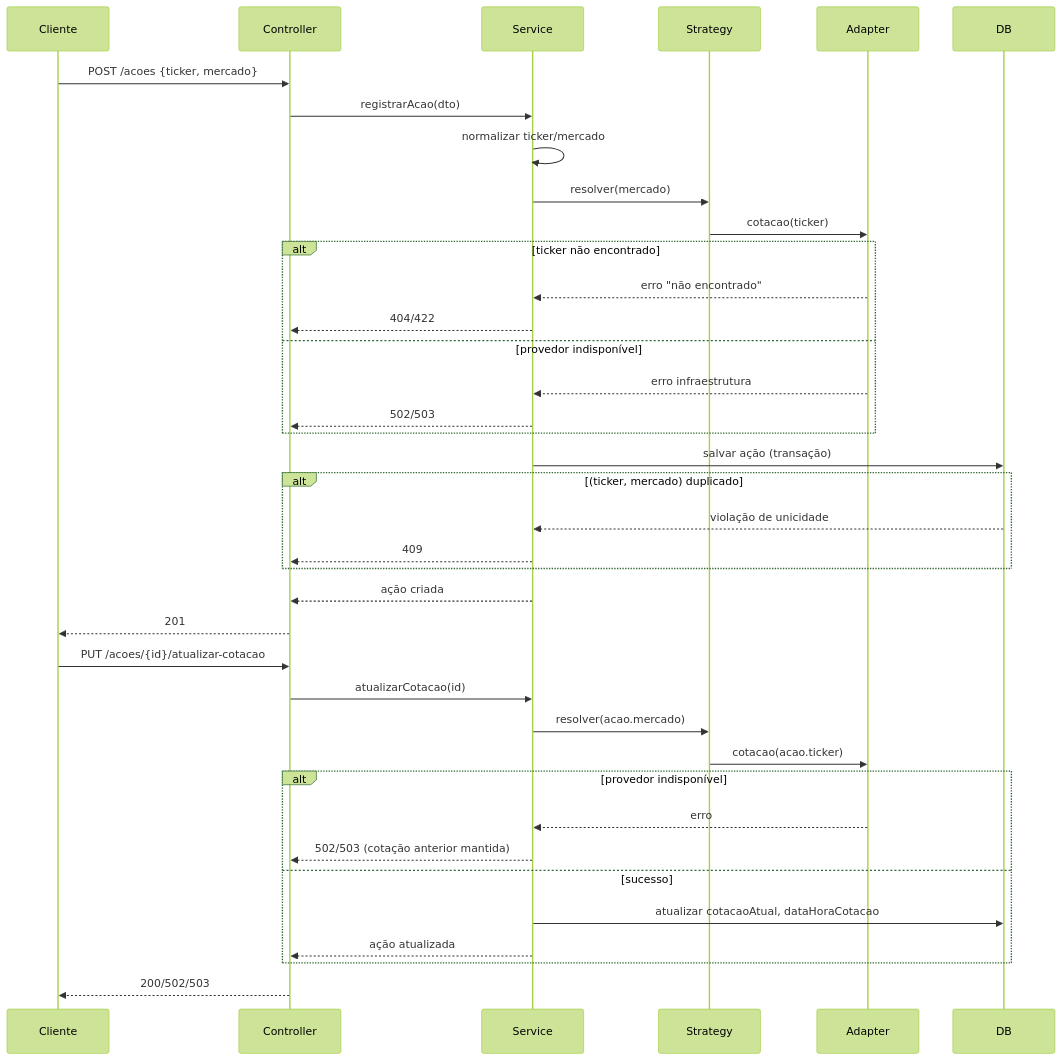
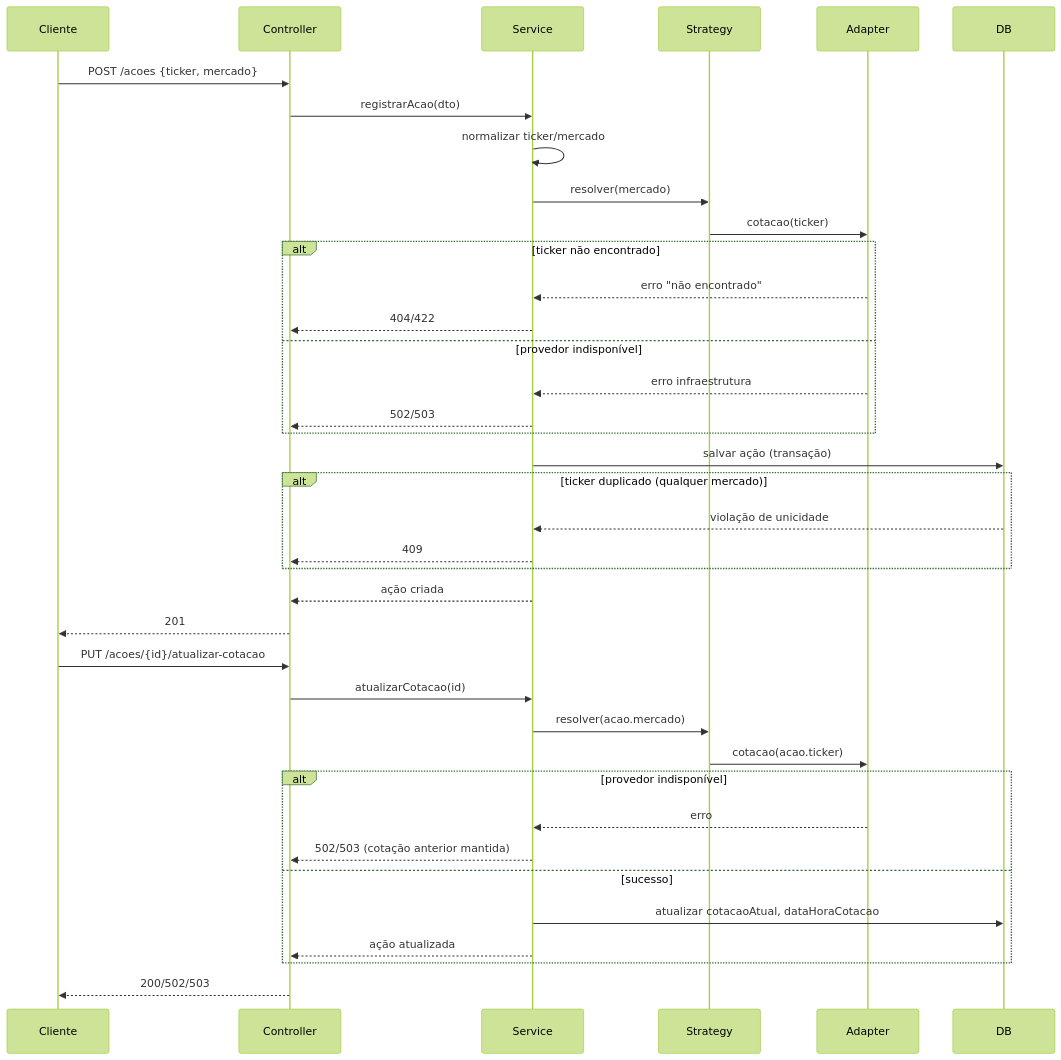
One commit to viniciussoliveiraa/gestao-acoes changed the third of 3 diagrams in openspec/changes/criar-sistema-gestao-acoes/design.md. Above: the diagram before and after it, drawn with Mermaid (forest theme). The commit also changed other lines of this file and 19 other files, not shown here.

````diff
--- a/openspec/changes/criar-sistema-gestao-acoes/design.md
+++ b/openspec/changes/criar-sistema-gestao-acoes/design.md
@@ -203,42 +206,42 @@
 ```mermaid
 sequenceDiagram
   participant Cliente
   participant Controller
   participant Service
   participant Strategy
   participant Adapter
   participant DB
 
   Cliente->>Controller: POST /acoes {ticker, mercado}
   Controller->>Service: registrarAcao(dto)
   Service->>Service: normalizar ticker/mercado
   Service->>Strategy: resolver(mercado)
   Strategy->>Adapter: cotacao(ticker)
   alt ticker não encontrado
     Adapter-->>Service: erro "não encontrado"
     Service-->>Controller: 404/422
   else provedor indisponível
     Adapter-->>Service: erro infraestrutura
     Service-->>Controller: 502/503
   end
   Service->>DB: salvar ação (transação)
-  alt (ticker, mercado) duplicado
+  alt ticker duplicado (qualquer mercado)
     DB-->>Service: violação de unicidade
     Service-->>Controller: 409
   end
   Service-->>Controller: ação criada
   Controller-->>Cliente: 201
 
   Cliente->>Controller: PUT /acoes/{id}/atualizar-cotacao
   Controller->>Service: atualizarCotacao(id)
   Service->>Strategy: resolver(acao.mercado)
   Strategy->>Adapter: cotacao(acao.ticker)
   alt provedor indisponível
     Adapter-->>Service: erro
     Service-->>Controller: 502/503 (cotação anterior mantida)
   else sucesso
     Service->>DB: atualizar cotacaoAtual, dataHoraCotacao
     Service-->>Controller: ação atualizada
   end
   Controller-->>Cliente: 200/502/503
 ```
````
